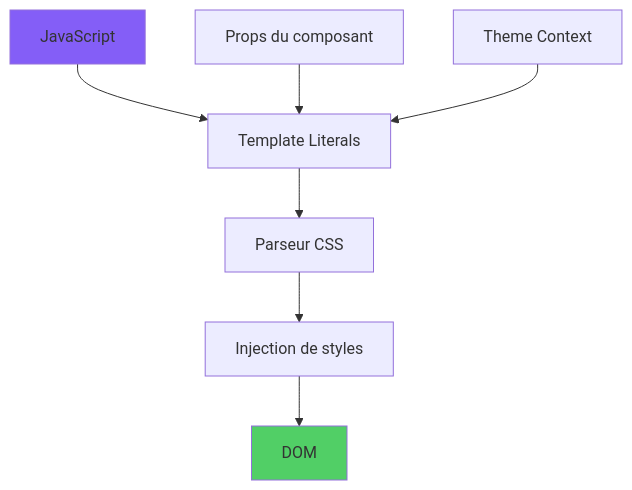
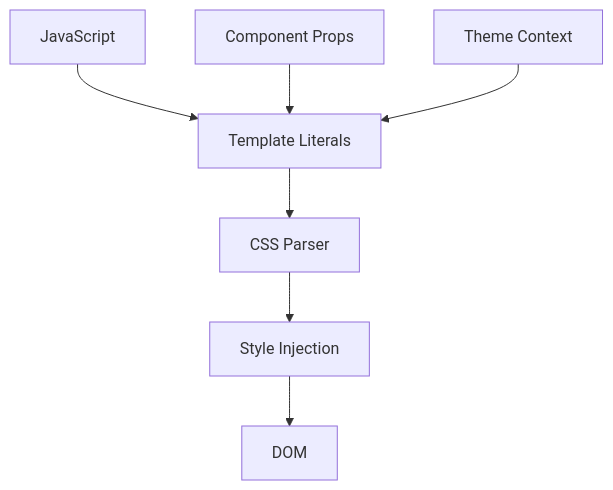
Before and after one commit to BabaScience/react-guides: the third of 6 diagrams in arguments/chapters/fr/04-react-styling.md, drawn with Mermaid. The commit also changed other lines of this file and 29 other files, not shown here.

First line of the commit message:
Bring React FR/IT translations to full English parity + theme-safe diagrams

````diff
--- a/arguments/chapters/fr/04-react-styling.md
+++ b/arguments/chapters/fr/04-react-styling.md
@@ -120,13 +830,11 @@
 ```mermaid
 graph TD
     A[JavaScript] --> B[Template Literals]
-    B --> C[Parseur CSS]
-    C --> D[Injection de styles]
+    B --> C[CSS Parser]
+    C --> D[Style Injection]
     D --> E[DOM]
     
-    F[Props du composant] --> B
+    F[Component Props] --> B
     G[Theme Context] --> B
     
-    style A fill:#845ef7
-    style E fill:#51cf66
 ```
````
